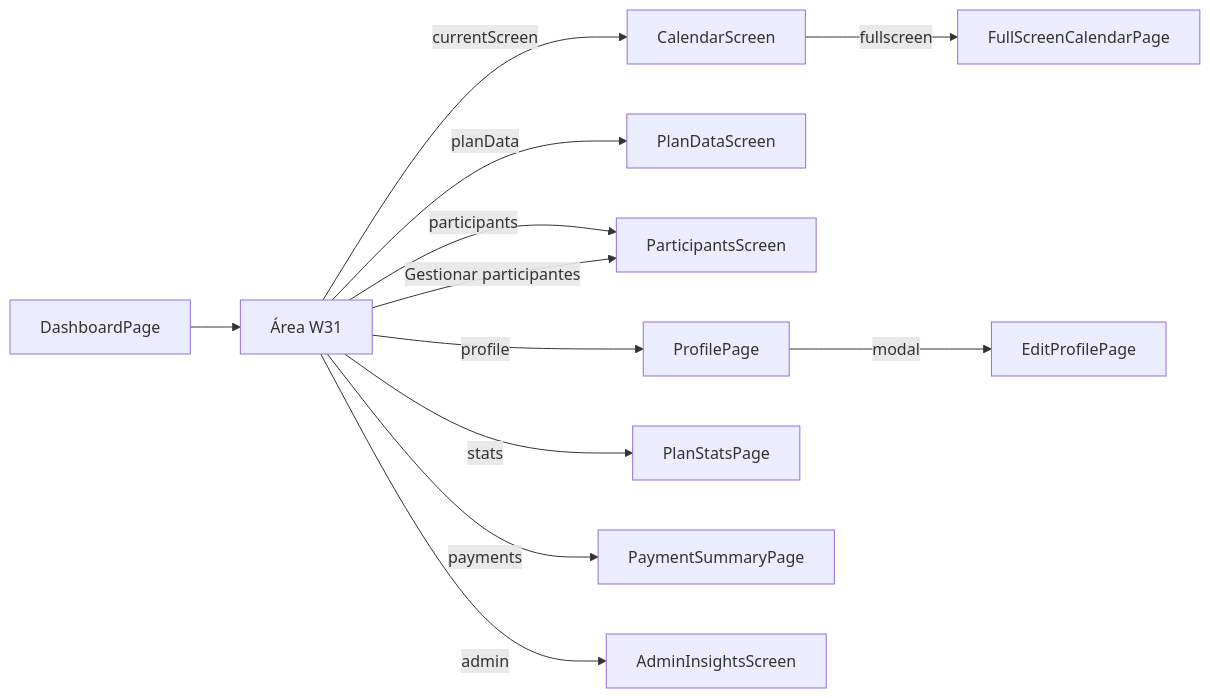
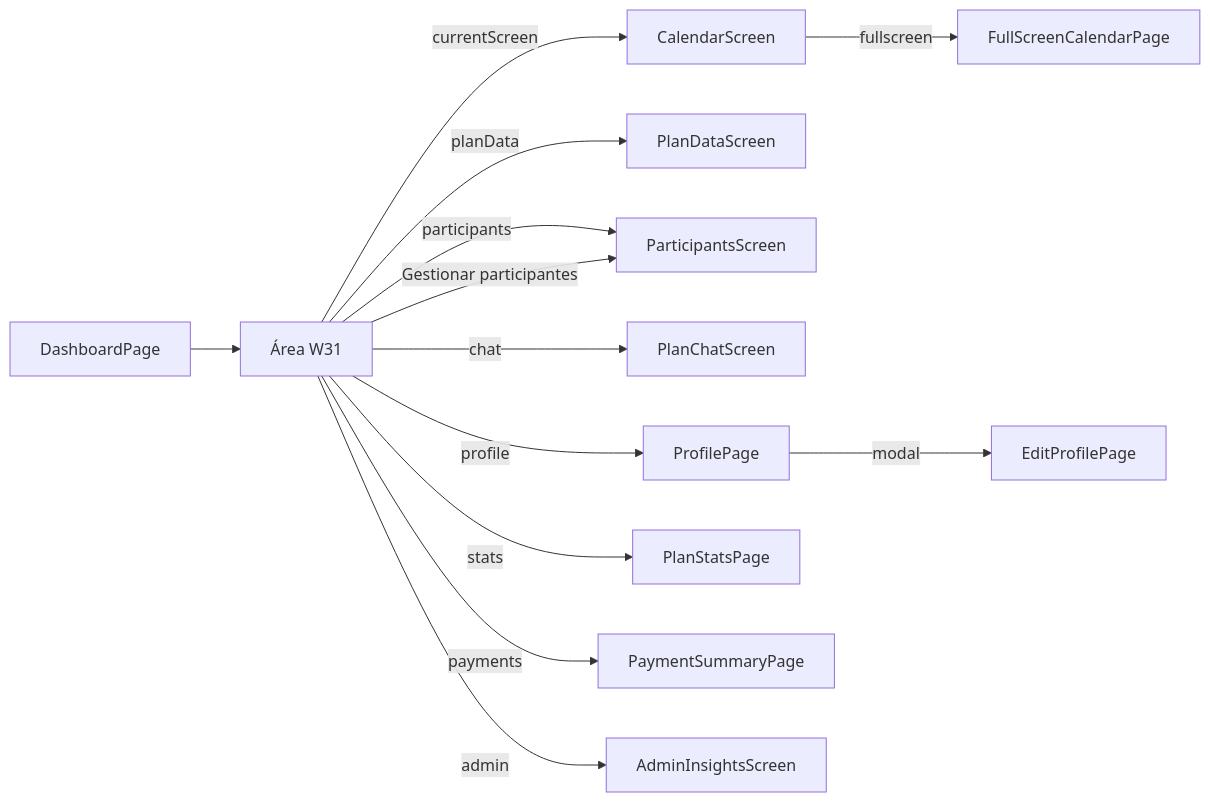
One commit to planazoo/planazoo-platform changed the fourth of 4 diagrams in docs/ux/pages/index.md. Above: the diagram before and after it, drawn with Mermaid. The commit also changed other lines of this file and 1 other file, not shown here.

First line of the commit message:
docs(ux): ficha plan_chat_screen y chat en diagrama Dashboard

````diff
--- a/docs/ux/pages/index.md
+++ b/docs/ux/pages/index.md
@@ -253,14 +268,15 @@
 ```mermaid
 flowchart LR
   DASH[DashboardPage] --> W31["Área W31"]
   W31 -->|currentScreen| CALW[CalendarScreen]
   W31 -->|planData| PDATA[PlanDataScreen]
   W31 -->|participants| PSCR[ParticipantsScreen]
+  W31 -->|chat| CHAT[PlanChatScreen]
   W31 -->|profile| PROF[ProfilePage]
   W31 -->|stats| STATS[PlanStatsPage]
   W31 -->|payments| PAY[PaymentSummaryPage]
   W31 -->|admin| ADMIN[AdminInsightsScreen]
   W31 -->|Gestionar participantes| PSCR
   CALW -->|fullscreen| FSC[FullScreenCalendarPage]
   PROF -->|modal| EP[EditProfilePage]
 ```
````
